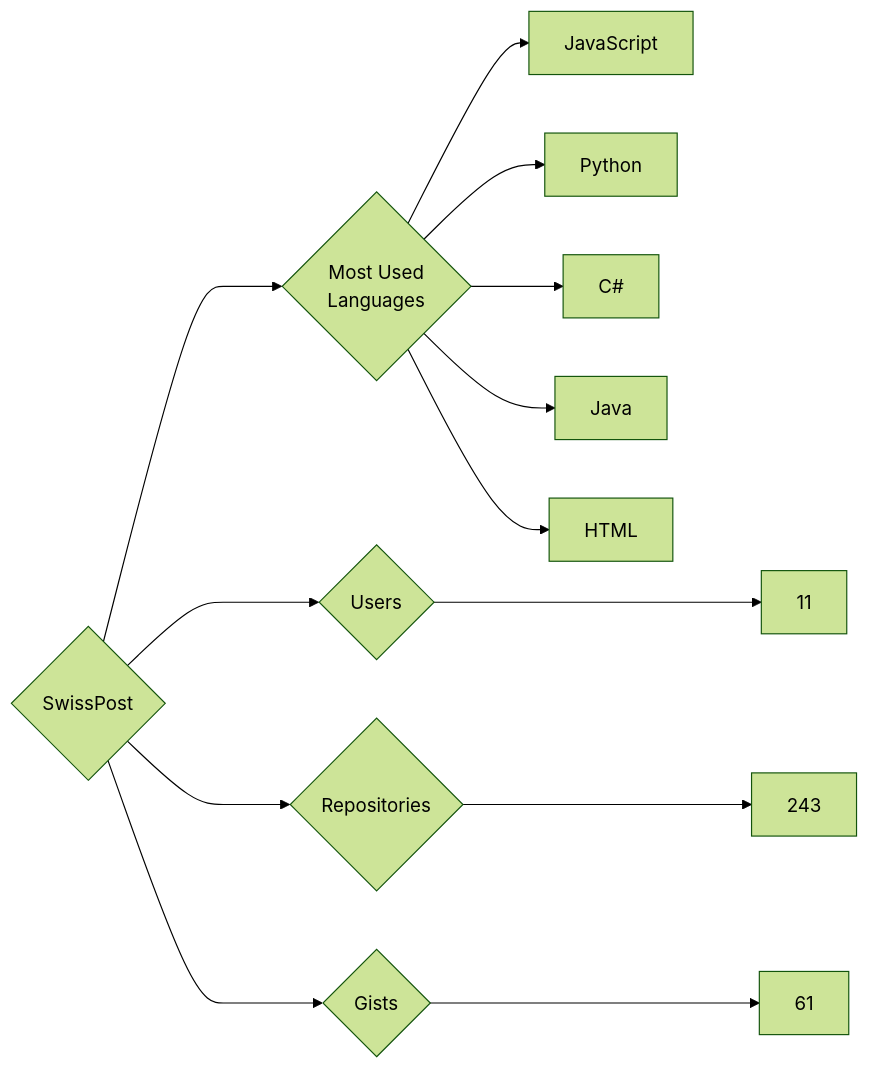
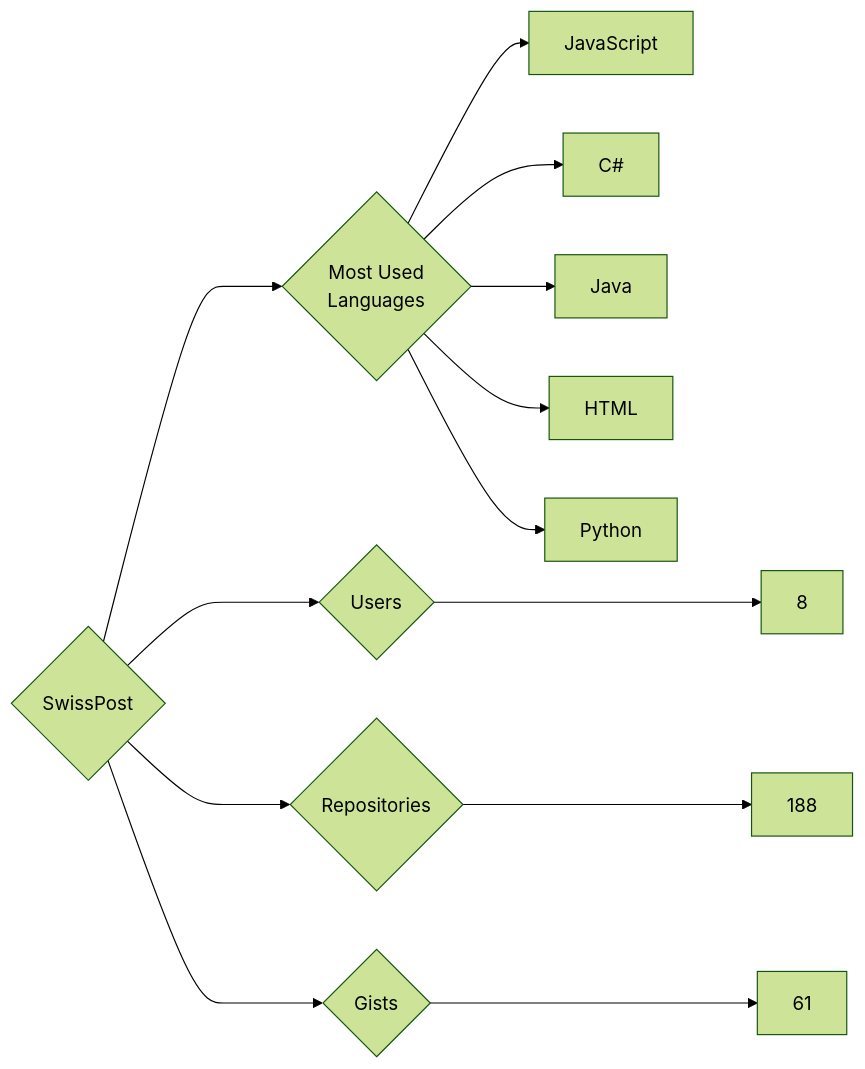
One commit to trickest/insiders changed the diagram in targets/SwissPost/README.md. Above: the diagram before and after it, drawn with Mermaid (forest theme). The commit also changed 725 other files, not shown here.

````diff
--- a/targets/SwissPost/README.md
+++ b/targets/SwissPost/README.md
@@ -3,13 +3,13 @@
 ```mermaid
 graph LR
 COMPANY_NAME{SwissPost}
-COMPANY_NAME ---> U{Users} ---> UN[11]
-COMPANY_NAME ---> R{Repositories} ---> RN[243]
+COMPANY_NAME ---> U{Users} ---> UN[8]
+COMPANY_NAME ---> R{Repositories} ---> RN[188]
 COMPANY_NAME ---> G{Gists} ---> GN[61]
 COMPANY_NAME ---> ML{Most Used<br>Languages}
 ML --> JavaScript[JavaScript]
-ML --> Python[Python]
 ML --> C#[C#]
 ML --> Java[Java]
 ML --> HTML[HTML]
+ML --> Python[Python]
 ```
````
